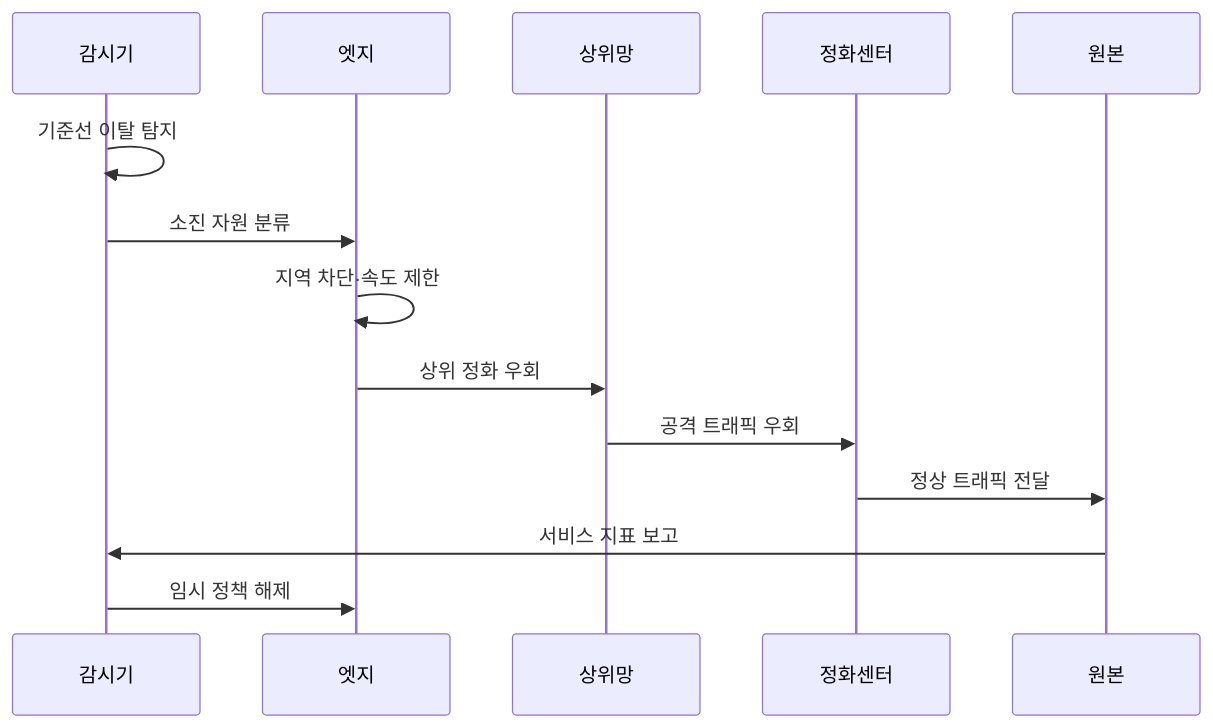
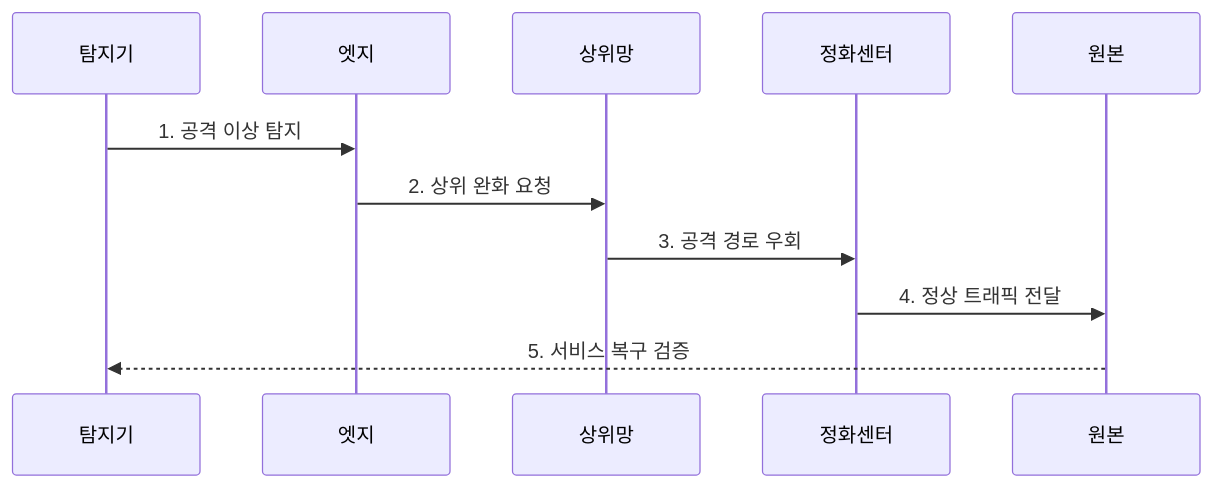
One commit to agnusdei1207/knowledge-base changed the second of 2 diagrams in src/content/docs/notes/04-network/087_ddos_attack_mitigation.md. Above: the diagram before and after it, drawn with Mermaid. The commit also changed other lines of this file and 4 other files, not shown here.

````diff
--- a/src/content/docs/notes/04-network/087_ddos_attack_mitigation.md
+++ b/src/content/docs/notes/04-network/087_ddos_attack_mitigation.md
@@ -81,16 +77,13 @@
 ```mermaid
 sequenceDiagram
-    participant 감시기
+    participant 탐지기
     participant 엣지
     participant 상위망
     participant 정화센터
     participant 원본
-    감시기->>감시기: 기준선 이탈 탐지
-    감시기->>엣지: 소진 자원 분류
-    엣지->>엣지: 지역 차단·속도 제한
-    엣지->>상위망: 상위 정화 우회
-    상위망->>정화센터: 공격 트래픽 우회
-    정화센터->>원본: 정상 트래픽 전달
-    원본->>감시기: 서비스 지표 보고
-    감시기->>엣지: 임시 정책 해제
+    탐지기->>엣지: 1. 공격 이상 탐지
+    엣지->>상위망: 2. 상위 완화 요청
+    상위망->>정화센터: 3. 공격 경로 우회
+    정화센터->>원본: 4. 정상 트래픽 전달
+    원본-->>탐지기: 5. 서비스 복구 검증
 ```
````
